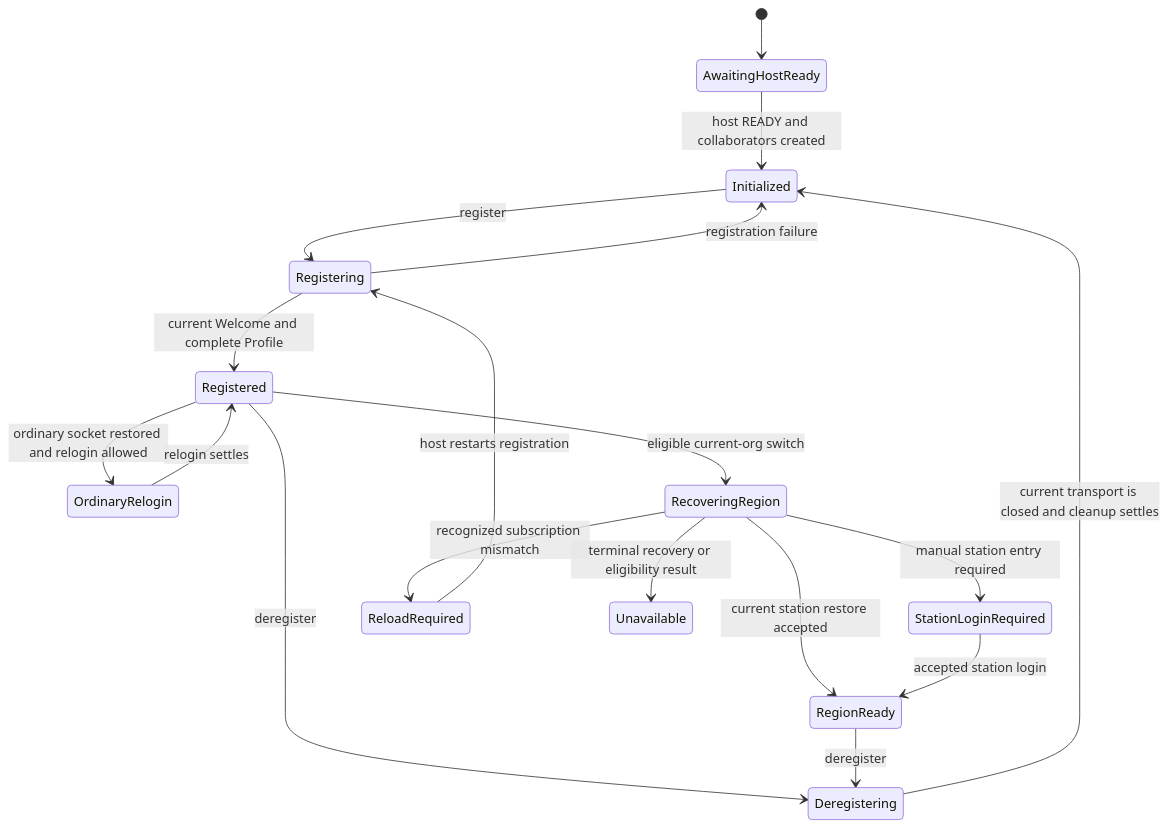
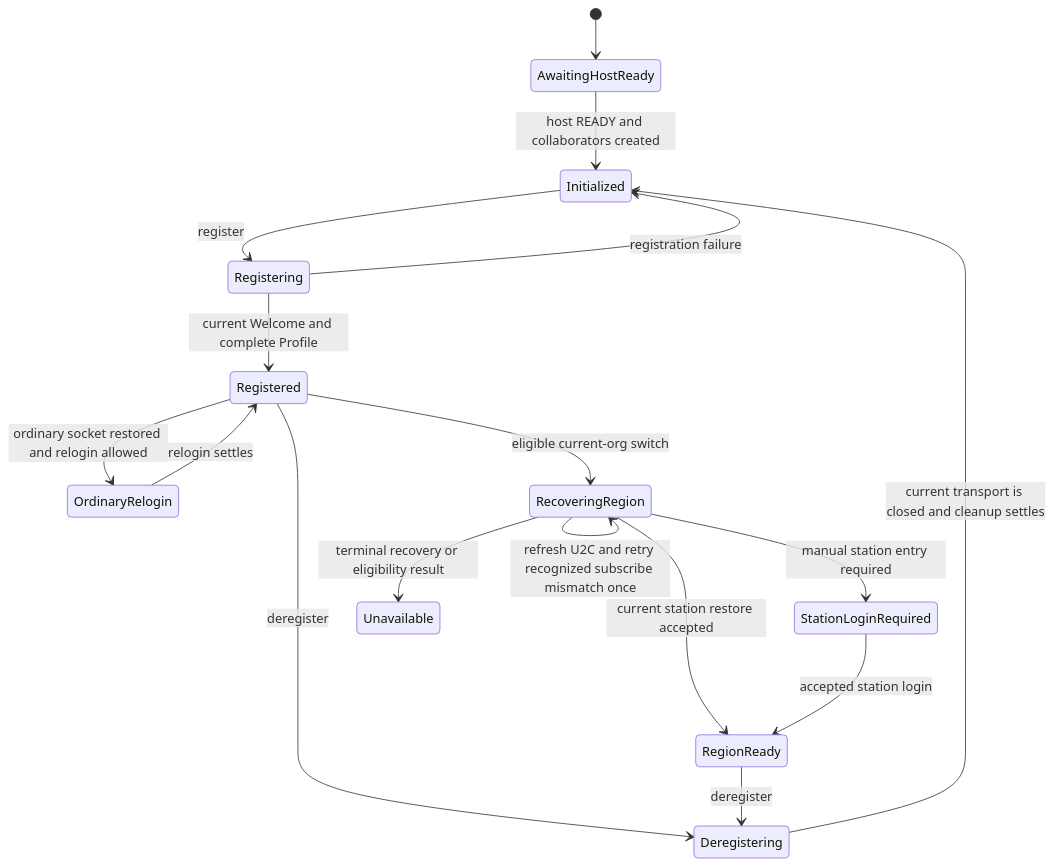
Before and after one commit to webex/webex-js-sdk: the ninth of 9 diagrams in packages/@webex/contact-center/src/docs/README.md, drawn with Mermaid. The commit also changed other lines of this file and 14 other files, not shown here.

````diff
--- a/packages/@webex/contact-center/src/docs/README.md
+++ b/packages/@webex/contact-center/src/docs/README.md
@@ -617,20 +618,19 @@
 ```mermaid
 stateDiagram-v2
   [*] --> AwaitingHostReady
   AwaitingHostReady --> Initialized: host READY and collaborators created
   Initialized --> Registering: register
   Registering --> Registered: current Welcome and complete Profile
   Registering --> Initialized: registration failure
   Registered --> OrdinaryRelogin: ordinary socket restored and relogin allowed
   OrdinaryRelogin --> Registered: relogin settles
   Registered --> RecoveringRegion: eligible current-org switch
   RecoveringRegion --> RegionReady: current station restore accepted
   RecoveringRegion --> StationLoginRequired: manual station entry required
-  RecoveringRegion --> ReloadRequired: recognized subscription mismatch
+  RecoveringRegion --> RecoveringRegion: refresh U2C and retry recognized subscribe mismatch once
   RecoveringRegion --> Unavailable: terminal recovery or eligibility result
   StationLoginRequired --> RegionReady: accepted station login
-  ReloadRequired --> Registering: host restarts registration
   Registered --> Deregistering: deregister
   RegionReady --> Deregistering: deregister
   Deregistering --> Initialized: current transport is closed and cleanup settles
 ```
````
